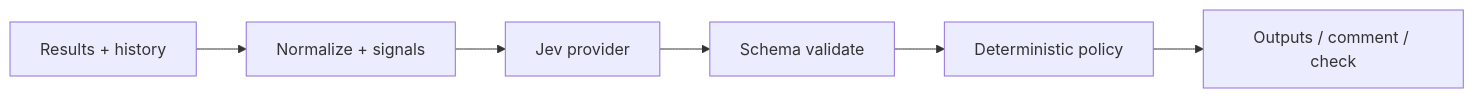
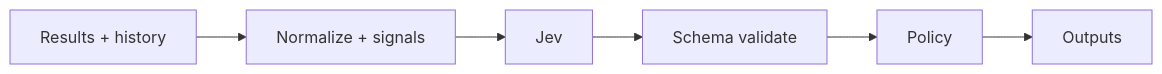
Before and after one commit to JevForge/jev-flaky-detective: the diagram in README.md, drawn with Mermaid. The commit also changed other lines of this file and 14 other files, not shown here.

````diff
--- a/README.md
+++ b/README.md
@@ -19,8 +54,8 @@
 ```mermaid
 flowchart LR
   A[Results + history] --> B[Normalize + signals]
-  B --> C[Jev provider]
+  B --> C[Jev]
   C --> D[Schema validate]
-  D --> E[Deterministic policy]
-  E --> F[Outputs / comment / check]
+  D --> E[Policy]
+  E --> F[Outputs]
 ```
````
